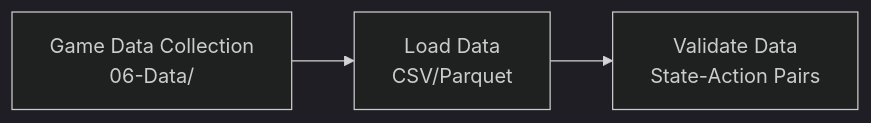
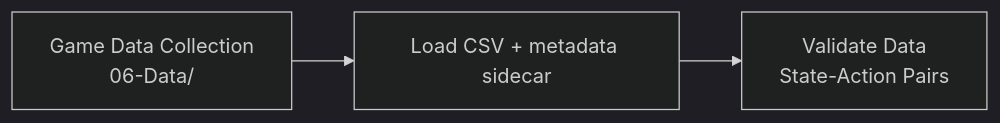
Before and after one commit to Evintkoo/2048-ml: the second of 7 diagrams in plans/05-Model/02-Training/01-training-pipeline.md, drawn with Mermaid (dark theme). The commit also changed other lines of this file and 67 other files, not shown here.

````diff
--- a/plans/05-Model/02-Training/01-training-pipeline.md
+++ b/plans/05-Model/02-Training/01-training-pipeline.md
@@ -48,9 +48,9 @@
 ```mermaid
 flowchart LR
     Collection[Game Data Collection<br/>06-Data/]
-    Loading[Load Data<br/>CSV/Parquet]
+    Loading[Load CSV + metadata sidecar]
     Validation[Validate Data<br/>State-Action Pairs]
     
     Collection --> Loading
     Loading --> Validation
 ```
````
